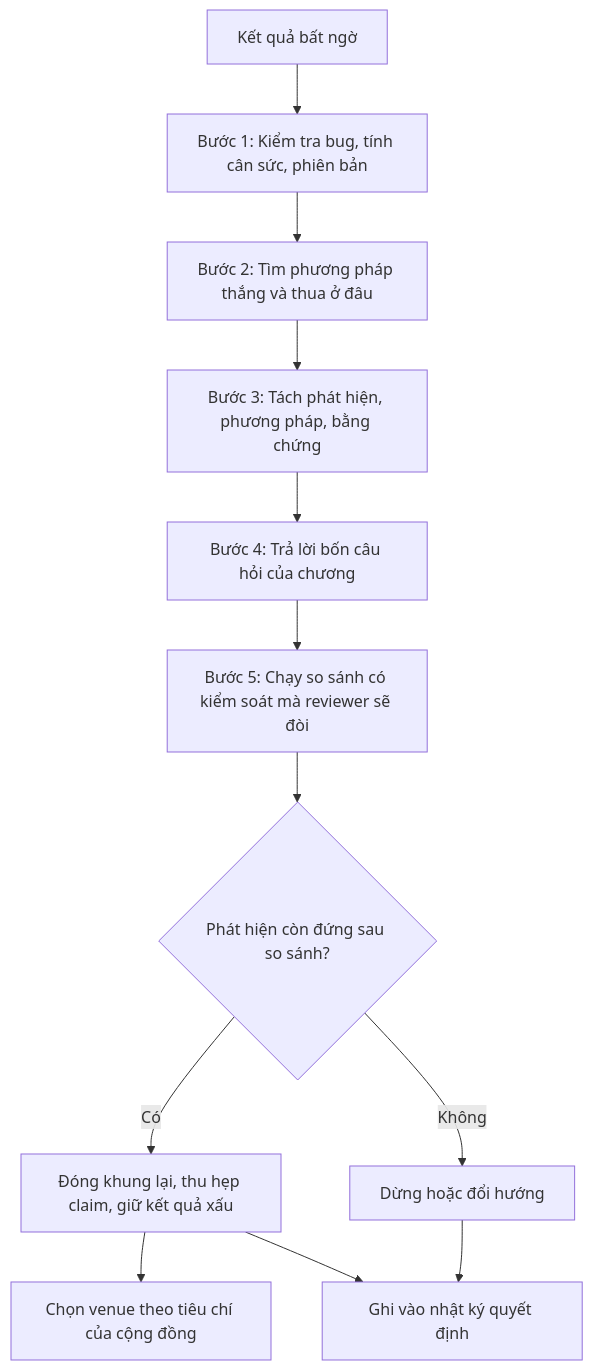
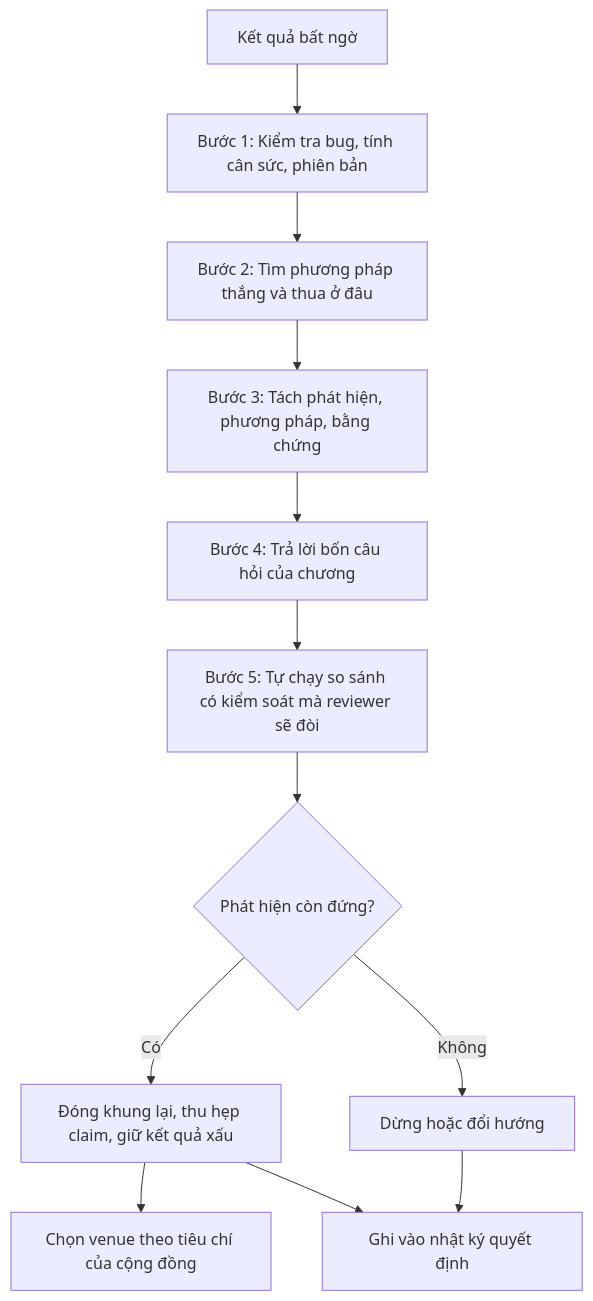
The diagram in docs/08-tinh-huong-kho/thuc-hanh.md (tuandung222/How-to-write-Astar-Paper), drawn with Mermaid before and after one commit. The commit also changed other lines of this file and 5 other files, not shown here.

````diff
--- a/docs/08-tinh-huong-kho/thuc-hanh.md
+++ b/docs/08-tinh-huong-kho/thuc-hanh.md
@@ -430,14 +357,14 @@
 ```mermaid
 flowchart TD
     A["Kết quả bất ngờ"] --> B["Bước 1: Kiểm tra bug, tính cân sức, phiên bản"]
     B --> C["Bước 2: Tìm phương pháp thắng và thua ở đâu"]
     C --> D["Bước 3: Tách phát hiện, phương pháp, bằng chứng"]
     D --> E["Bước 4: Trả lời bốn câu hỏi của chương"]
-    E --> F["Bước 5: Chạy so sánh có kiểm soát mà reviewer sẽ đòi"]
-    F --> G{"Phát hiện còn đứng sau so sánh?"}
+    E --> F["Bước 5: Tự chạy so sánh có kiểm soát mà reviewer sẽ đòi"]
+    F --> G{"Phát hiện còn đứng?"}
     G -->|"Có"| H["Đóng khung lại, thu hẹp claim, giữ kết quả xấu"]
     G -->|"Không"| I["Dừng hoặc đổi hướng"]
     H --> J["Chọn venue theo tiêu chí của cộng đồng"]
     H --> K["Ghi vào nhật ký quyết định"]
     I --> K
 ```
````
